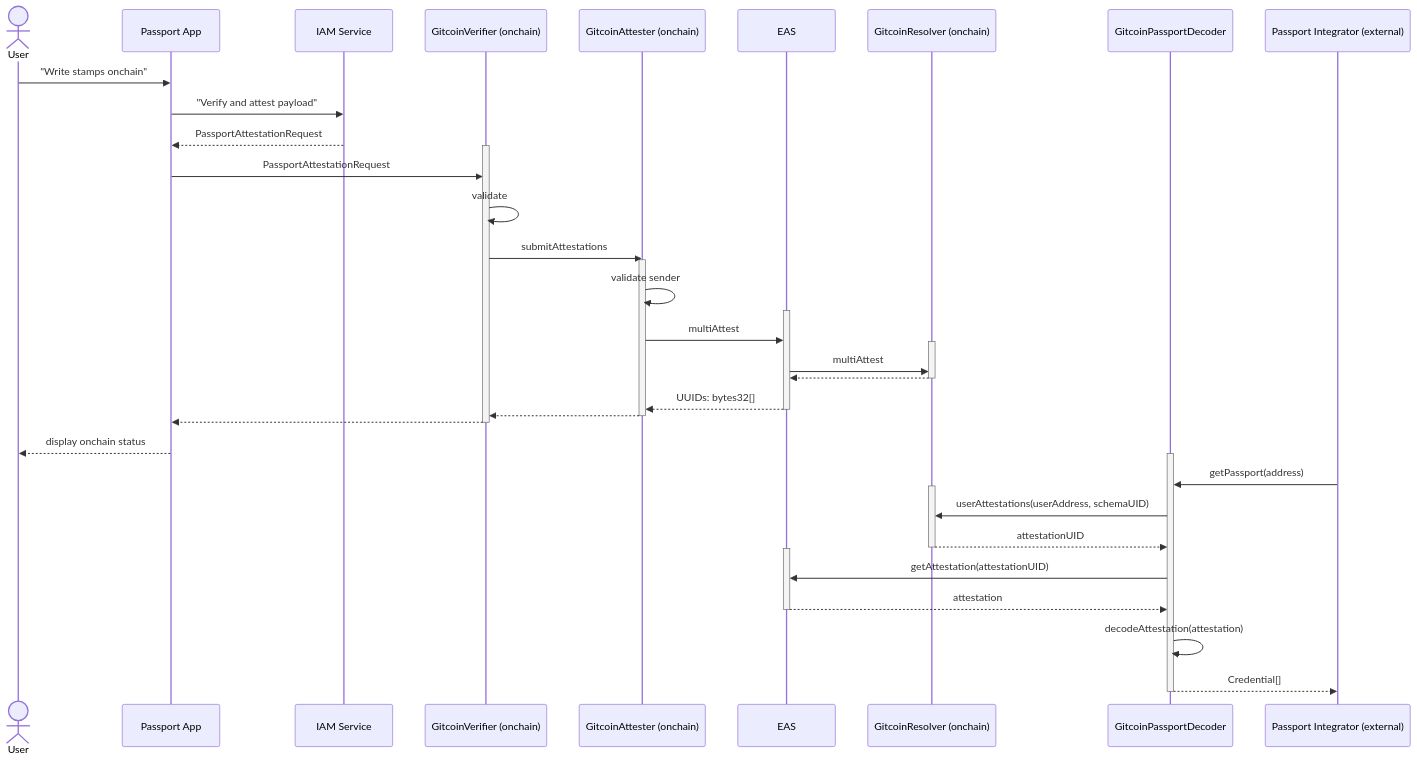
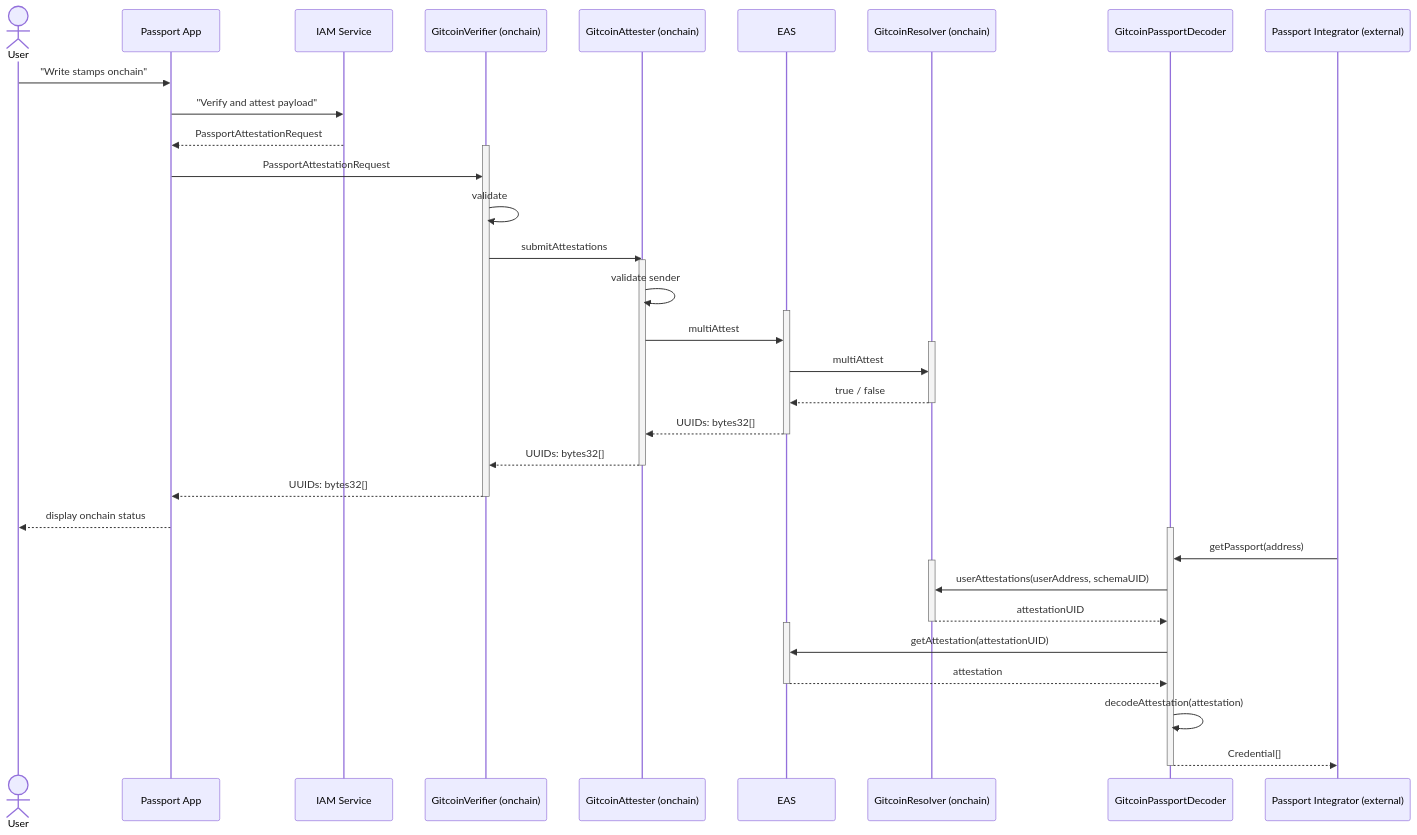
The diagram in docs/00-onchain-data.md (passportxyz/eas-proxy), drawn with Mermaid before and after one commit.

Commit message:
fix: fix mermaid diagram for overview

````diff
--- a/docs/00-onchain-data.md
+++ b/docs/00-onchain-data.md
@@ -47,52 +47,52 @@
 ```mermaid
 sequenceDiagram
     actor User
     participant App as Passport App
     participant IAM as IAM Service
     participant Verifier as GitcoinVerifier (onchain)
     participant Attester as GitcoinAttester (onchain)
     participant EAS
     participant Resolver as GitcoinResolver (onchain)
     participant Decoder as GitcoinPassportDecoder
     participant External as Passport Integrator (external)
     User->>App: "Write stamps onchain"
     App->>IAM: "Verify and attest payload"
     IAM-->>App: PassportAttestationRequest
     activate Verifier
     App->>Verifier: PassportAttestationRequest
     Verifier->>Verifier : validate
     Verifier->>Attester : submitAttestations
     activate Attester
     Attester->>Attester : validate sender
     activate EAS
     Attester->>EAS : multiAttest
     activate Resolver
     EAS->>Resolver : multiAttest
-    Resolver-->>EAS :
+    Resolver-->>EAS : true / false
     deactivate Resolver
     EAS-->>Attester : UUIDs: bytes32[]
     deactivate EAS
-    Attester-->>Verifier :
+    Attester-->>Verifier : UUIDs: bytes32[]
     deactivate Attester
-    Verifier-->>App :
+    Verifier-->>App : UUIDs: bytes32[]
     deactivate Verifier
     App-->>User : display onchain status
 
     activate Decoder
     External->>Decoder : getPassport(address)
 
     activate Resolver
     Decoder->>Resolver : userAttestations(userAddress, schemaUID);
     Resolver-->>Decoder : attestationUID
     deactivate Resolver
 
     activate EAS
     Decoder->>EAS : getAttestation(attestationUID)
     EAS-->>Decoder : attestation
     deactivate EAS
 
     Decoder->>Decoder : decodeAttestation(attestation);
 
     Decoder-->>External : Credential[]
     deactivate Decoder
 ```
````
